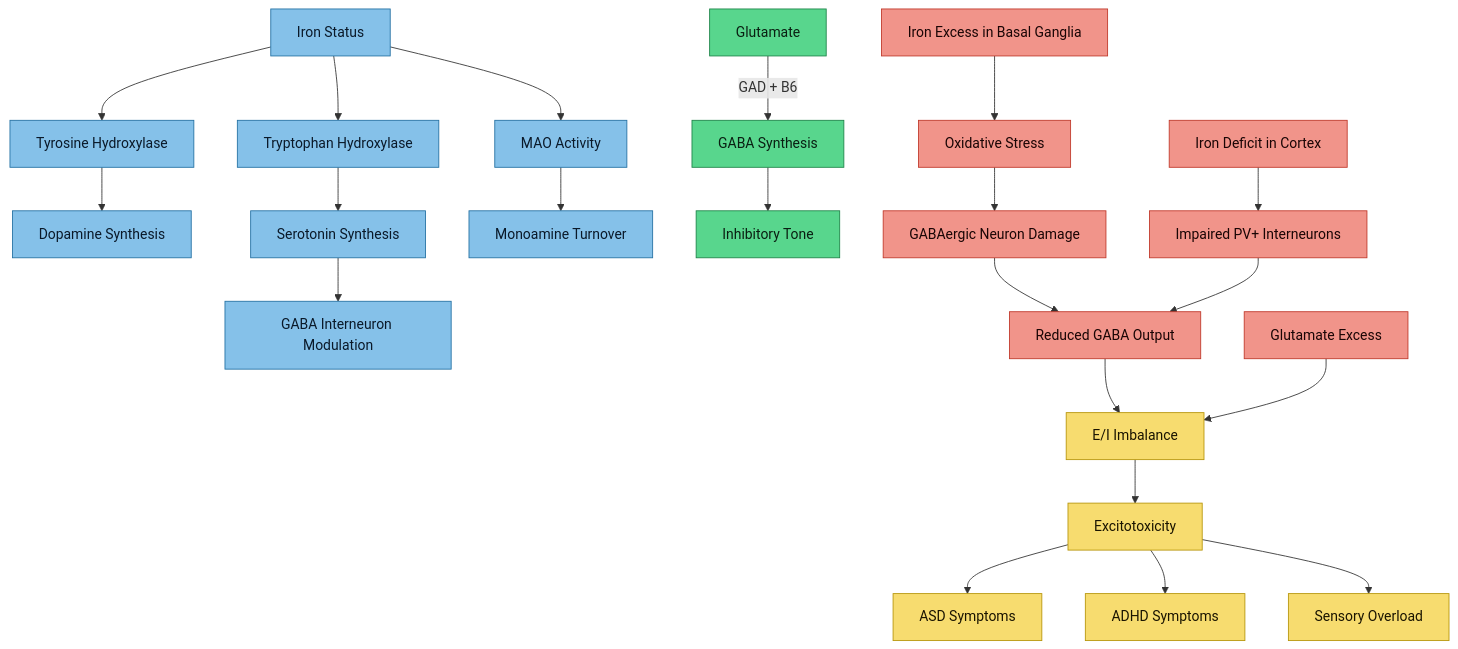
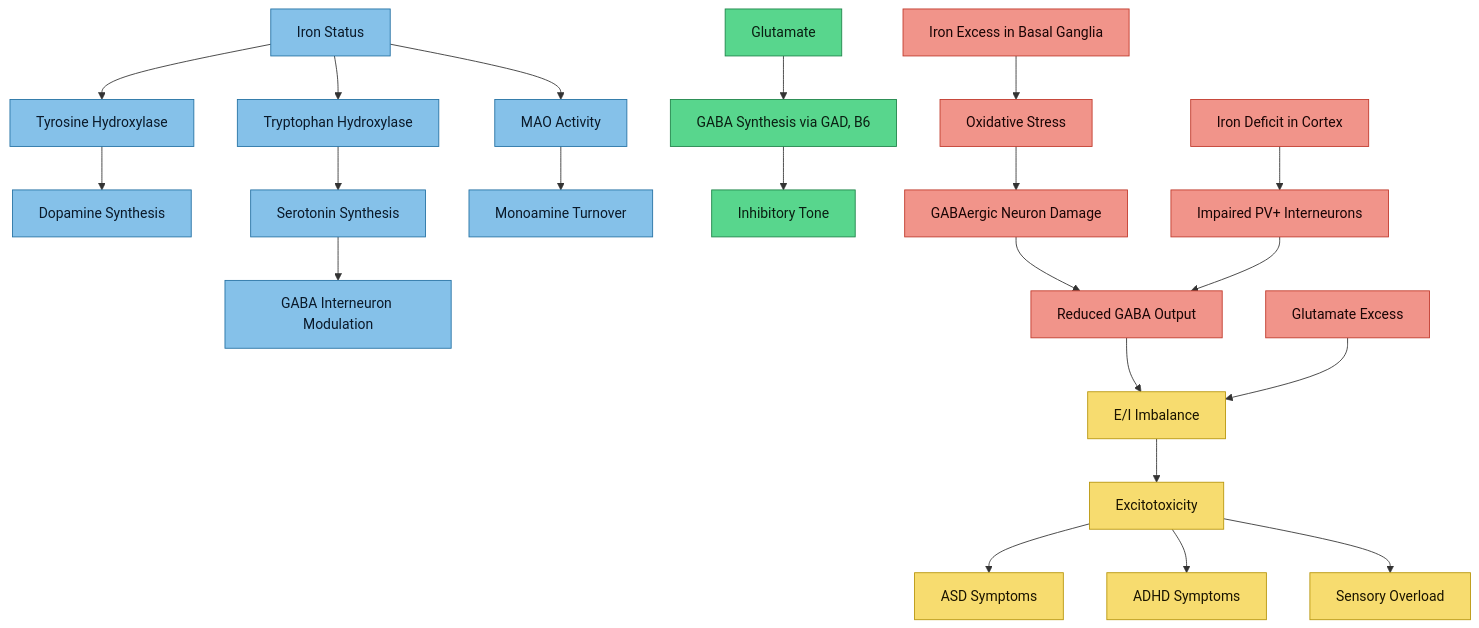
Before and after one commit to Aegis-commits/ag-hfe-adhd-asd-research: the diagram in src/site/notes/research/Iron and GABAergic Function.md, drawn with Mermaid. The commit also changed 14 other files, not shown here.

````diff
--- a/src/site/notes/research/Iron and GABAergic Function.md
+++ b/src/site/notes/research/Iron and GABAergic Function.md
@@ -24,37 +24,37 @@
 ```mermaid
 flowchart TD
     A[Iron Status] --> B[Tyrosine Hydroxylase]
     A --> C[Tryptophan Hydroxylase]
     A --> D[MAO Activity]
     B --> E[Dopamine Synthesis]
     C --> F[Serotonin Synthesis]
     F --> G[GABA Interneuron Modulation]
     D --> H[Monoamine Turnover]
 
-    I[Glutamate] -->|GAD + B6| J[GABA Synthesis]
+    I[Glutamate] --> J[GABA Synthesis via GAD, B6]
     J --> K[Inhibitory Tone]
 
     L[Iron Excess in Basal Ganglia] --> M[Oxidative Stress]
     M --> N[GABAergic Neuron Damage]
     N --> O[Reduced GABA Output]
 
     P[Iron Deficit in Cortex] --> Q[Impaired PV+ Interneurons]
     Q --> O
 
     O --> R[E/I Imbalance]
     S[Glutamate Excess] --> R
     R --> T[Excitotoxicity]
     T --> U[ASD Symptoms]
     T --> V[ADHD Symptoms]
     T --> W[Sensory Overload]
 
     classDef normal fill:#85c1e9,stroke:#2471a3,color:#0a1929
     classDef damage fill:#f1948a,stroke:#c0392b,color:#1a0505
     classDef outcome fill:#f7dc6f,stroke:#b7950b,color:#1a1400
     classDef gaba fill:#58d68d,stroke:#1e8449,color:#0a1f12
 
     class A,B,C,D,E,F,G,H normal
     class I,J,K gaba
     class L,M,N,O,P,Q,S damage
     class R,T,U,V,W outcome
 ```
````
